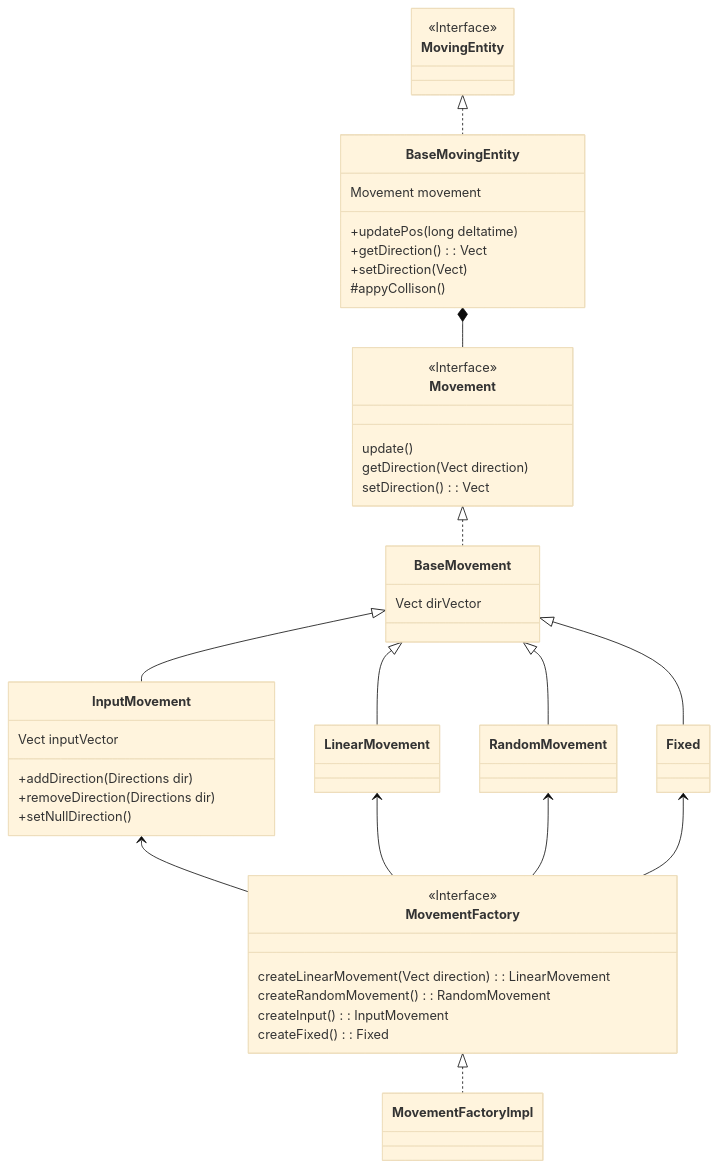
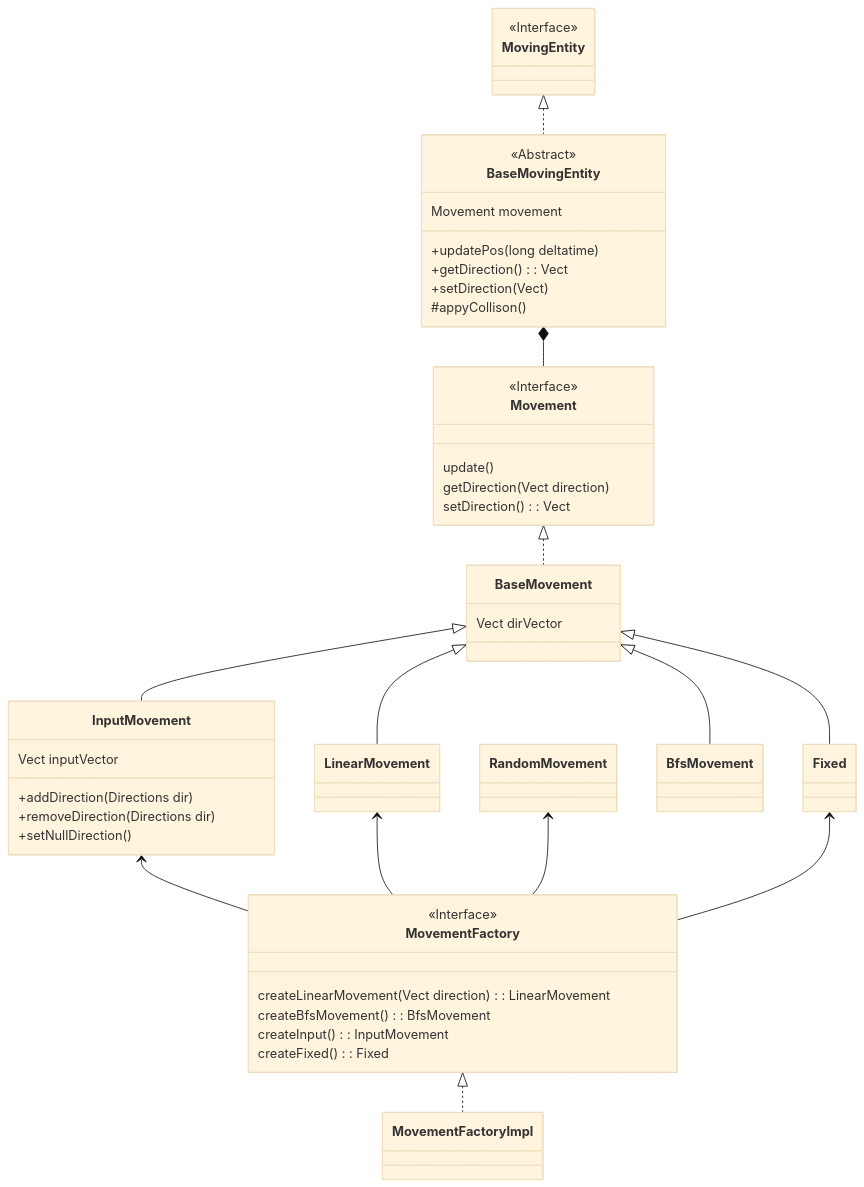
Before and after one commit to frabitta/OOP23-gfight: diagram 21 of 21 in report.md, drawn with Mermaid (base theme). The commit also changed other lines of this file, not shown here.

````diff
--- a/report.md
+++ b/report.md
@@ -773,52 +774,53 @@
 ```mermaid
 classDiagram
   MovingEntity <|.. BaseMovingEntity
   BaseMovingEntity *-- Movement
   Movement <|.. BaseMovement
   BaseMovement <|-- InputMovement
   BaseMovement <|-- LinearMovement
   BaseMovement <|-- Fixed
-  BaseMovement <|-- RandomMovement
+  BaseMovement <|-- BfsMovement
 
   MovementFactory <|.. MovementFactoryImpl
   InputMovement <-- MovementFactory
   LinearMovement <-- MovementFactory
   RandomMovement <-- MovementFactory
   Fixed <-- MovementFactory
 
   <<Interface>> Movement
   <<Interface>> MovementFactory
   <<Interface>> MovingEntity
 
   class Movement{
     update()
     getDirection(Vect direction)
     setDirection() : Vect
   }
 
   class InputMovement{
     Vect inputVector
     +addDirection(Directions dir)
     +removeDirection(Directions dir)
     +setNullDirection()
   }
 
   class BaseMovement{
     Vect dirVector
   }
 
   class MovementFactory{
     createLinearMovement(Vect direction) : LinearMovement
-    createRandomMovement() : RandomMovement
+    createBfsMovement() : BfsMovement
     createInput() : InputMovement
     createFixed() : Fixed
   }
 
   class BaseMovingEntity{
+    <<Abstract>>
     Movement movement
     +updatePos(long deltatime)
     +getDirection() : Vect
     +setDirection(Vect)
     #appyCollison()
   }
 ```
````
